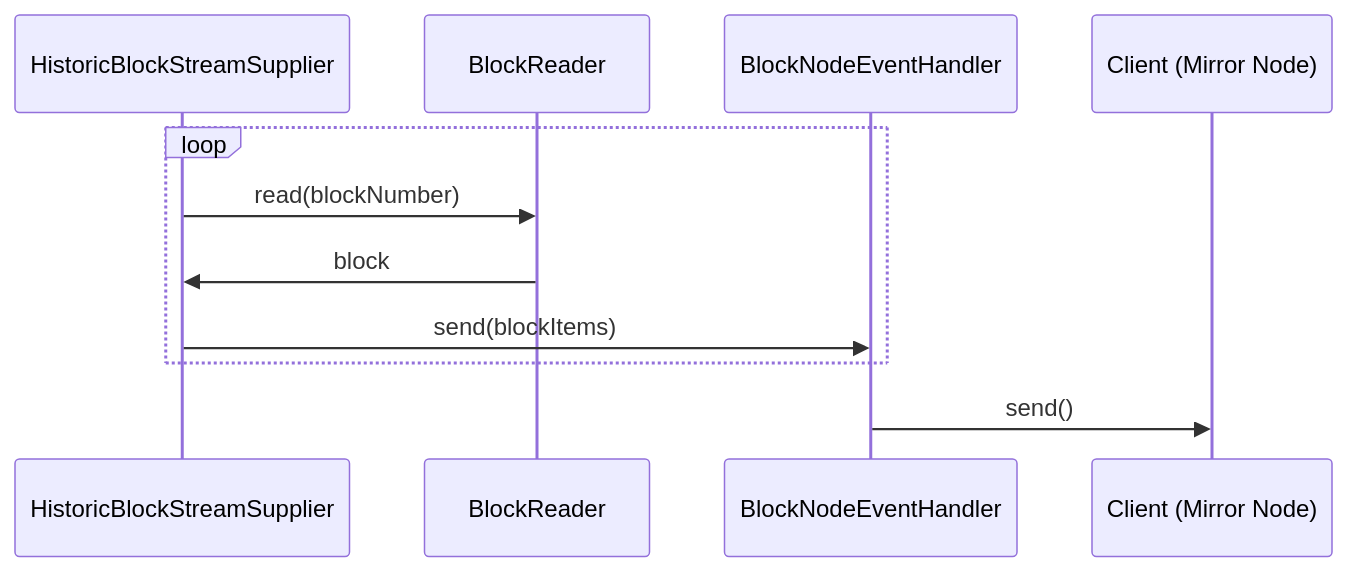
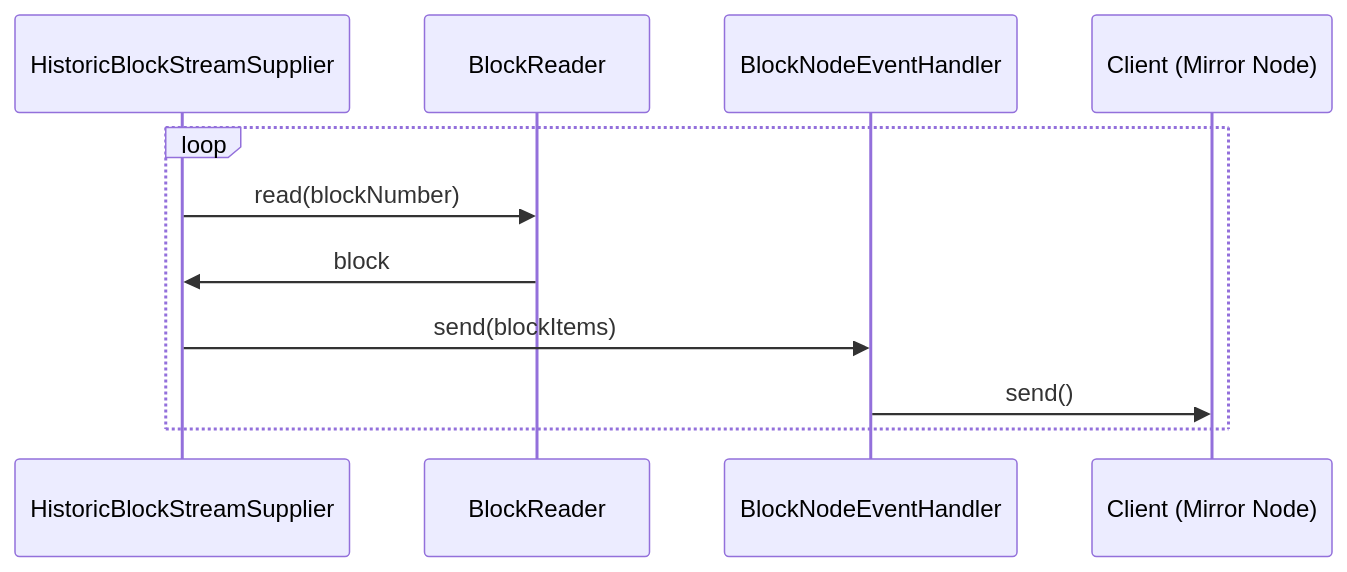
One commit to hashgraph/hedera-block-node changed the diagram in server/docs/design/historic-streaming/closed-range-historic-streaming.md. Above: the diagram before and after it, drawn with Mermaid. The commit also changed other lines of this file, not shown here.

````diff
--- a/server/docs/design/historic-streaming/closed-range-historic-streaming.md
+++ b/server/docs/design/historic-streaming/closed-range-historic-streaming.md
@@ -67,15 +67,14 @@
 ```mermaid
 sequenceDiagram
     participant H as HistoricBlockStreamSupplier
     participant BR as BlockReader
     participant BNEH as BlockNodeEventHandler
     participant C as Client (Mirror Node)
 
     loop
     H->>BR: read(blockNumber)
     BR->>H: block
     H->>BNEH: send(blockItems)
+    BNEH->>C: send()
     end
-
-    BNEH->>C: send()
 ```
````
